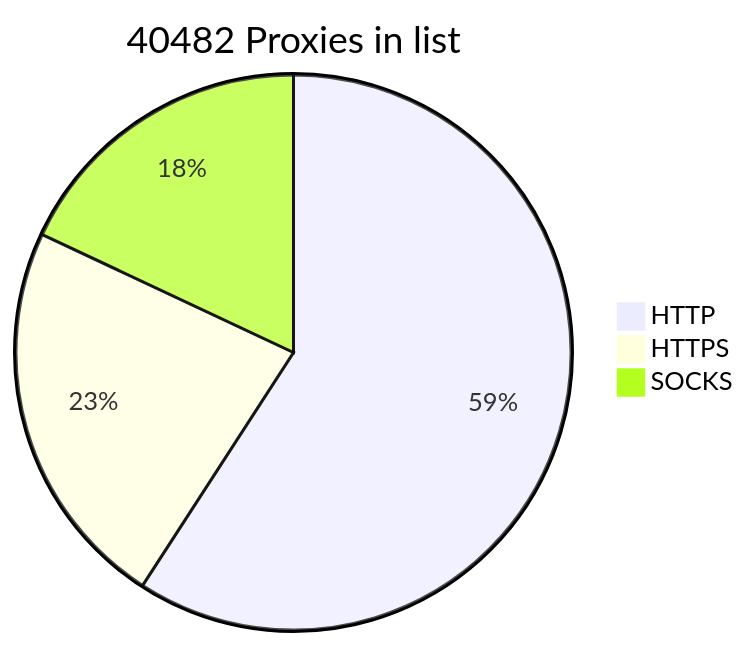
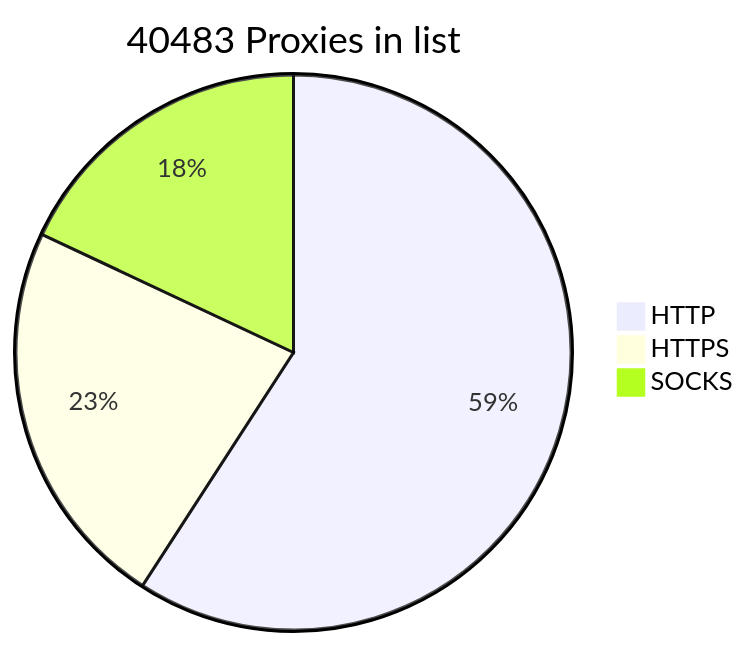
The diagram in README.md (BlackSnowDot/proxylist-update-every-minute), drawn with Mermaid before and after one commit.

````diff
--- a/README.md
+++ b/README.md
@@ -2,6 +2,6 @@
 ```mermaid
-pie title 40482 Proxies in list
+pie title 40483 Proxies in list
     "HTTP" : 28211
-    "HTTPS": 10895
+    "HTTPS": 10896
     "SOCKS" : 8591
 ```
````
